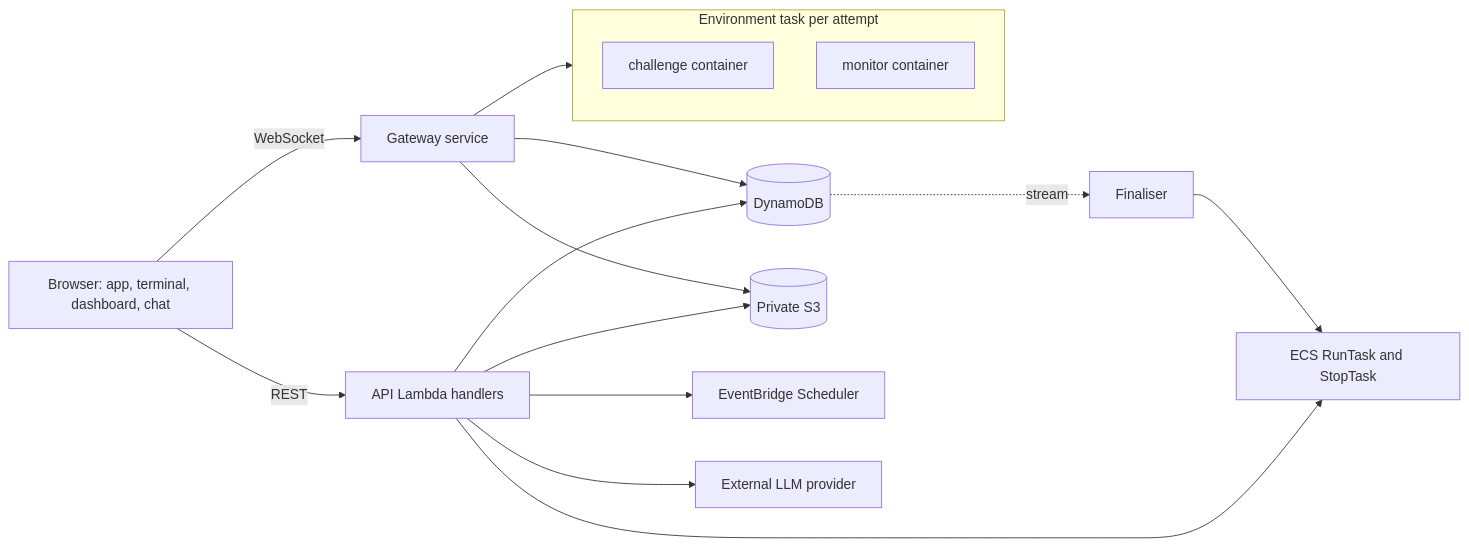
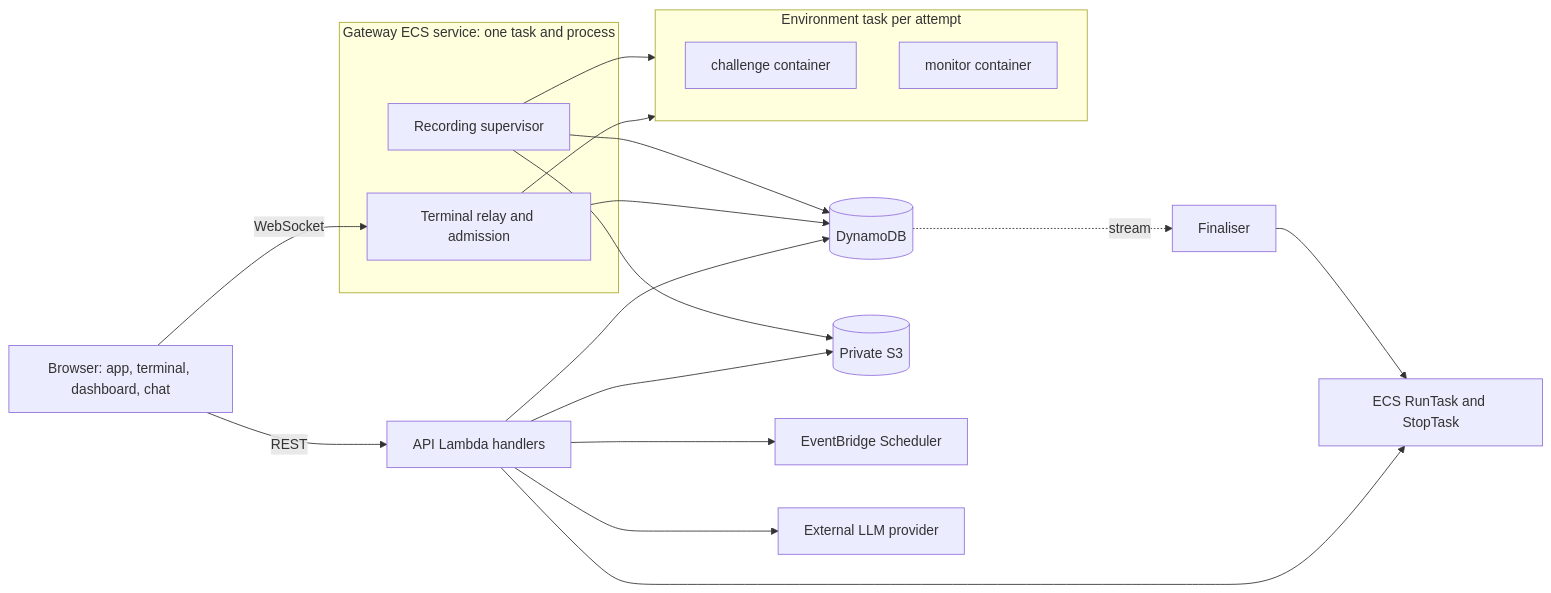
The first of 2 diagrams in docs/architecture.md (ehz0ah/OpsReplay), drawn with Mermaid before and after one commit. The commit also changed other lines of this file and 11 other files, not shown here.

````diff
--- a/docs/architecture.md
+++ b/docs/architecture.md
@@ -23,19 +24,25 @@
 ```mermaid
 flowchart LR
   UI[Browser: app, terminal, dashboard, chat] -->|REST| API[API Lambda handlers]
-  UI -->|WebSocket| GW[Gateway service]
+  UI -->|WebSocket| RELAY
   API --> DB[(DynamoDB)]
   API --> S3[(Private S3)]
   API --> ECS[ECS RunTask and StopTask]
   API --> SCH[EventBridge Scheduler]
   API --> LLM[External LLM provider]
-  GW --> DB
-  GW --> S3
-  GW --> ENV
+  subgraph GW[Gateway ECS service: one task and process]
+    RELAY[Terminal relay and admission]
+    REC[Recording supervisor]
+  end
+  RELAY --> DB
+  RELAY --> ENV
+  REC --> DB
+  REC --> S3
+  REC --> ENV
   subgraph ENV[Environment task per attempt]
     CH[challenge container]
     MON[monitor container]
   end
   DB -. stream .-> FIN[Finaliser]
   FIN --> ECS
 ```
````
